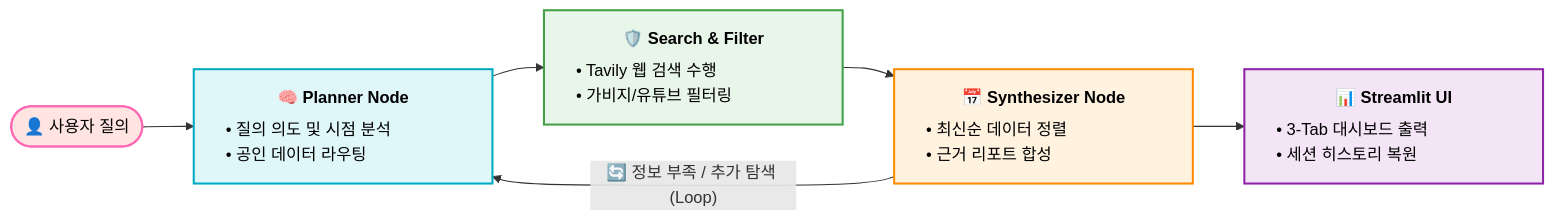
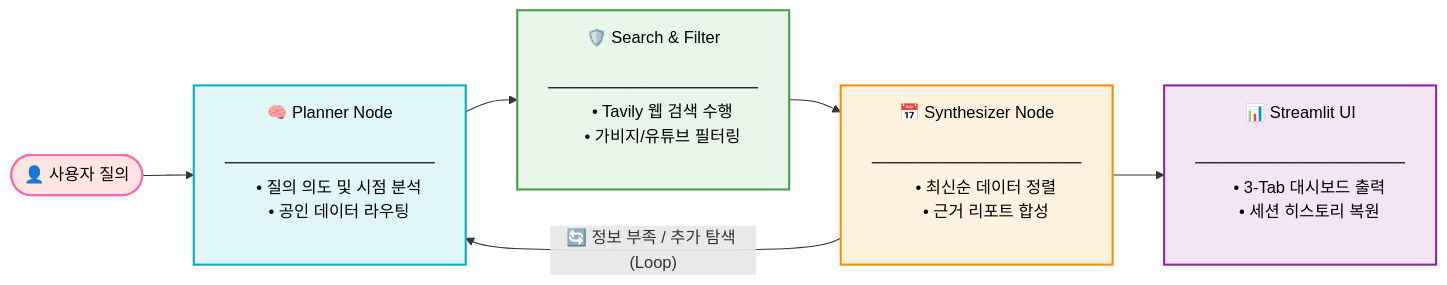
The diagram in README.md (sbg990530/Document-Agent), drawn with Mermaid before and after one commit.

````diff
--- a/README.md
+++ b/README.md
@@ -19,27 +19,43 @@
 ```mermaid
 graph LR
     classDef userStyle fill:#FFE4E1,stroke:#FF69B4,stroke-width:2px,color:#000;
     classDef plannerStyle fill:#E0F7FA,stroke:#00ACC1,stroke-width:2px,color:#000;
     classDef filterStyle fill:#E8F5E9,stroke:#43A047,stroke-width:2px,color:#000;
     classDef synthStyle fill:#FFF3E0,stroke:#FB8C00,stroke-width:2px,color:#000;
     classDef uiStyle fill:#F3E5F5,stroke:#8E24AA,stroke-width:2px,color:#000;
 
     A([👤 사용자 질의]):::userStyle 
     
-    B["<table style='min-width: 230px; border-collapse: collapse;'><tr><td align='center'><b>🧠 Planner Node</b></td></tr><tr><td style='border-top: 1px solid #00ACC1; padding-top: 6px; text-align: left;'>• 질의 의도 및 시점 분석<br/>• 공인 데이터 라우팅</td></tr></table>"]:::plannerStyle
+    B["🧠 Planner Node
+    ──────────────────
+    • 질의 의도 및 시점 분석
+    • 공인 데이터 라우팅
+    &nbsp;"]:::plannerStyle
     
-    C["<table style='min-width: 230px; border-collapse: collapse;'><tr><td align='center'><b>🛡️ Search & Filter</b></td></tr><tr><td style='border-top: 1px solid #43A047; padding-top: 6px; text-align: left;'>• Tavily 웹 검색 수행<br/>• 가비지/유튜브 필터링</td></tr></table>"]:::filterStyle
+    C["🛡️ Search & Filter
+    ──────────────────
+    • Tavily 웹 검색 수행
+    • 가비지/유튜브 필터링
+    &nbsp;"]:::filterStyle
     
-    D["<table style='min-width: 230px; border-collapse: collapse;'><tr><td align='center'><b>📅 Synthesizer Node</b></td></tr><tr><td style='border-top: 1px solid #FB8C00; padding-top: 6px; text-align: left;'>• 최신순 데이터 정렬<br/>• 근거 리포트 합성</td></tr></table>"]:::synthStyle
+    D["📅 Synthesizer Node
+    ──────────────────
+    • 최신순 데이터 정렬
+    • 근거 리포트 합성
+    &nbsp;"]:::synthStyle
     
-    E["<table style='min-width: 230px; border-collapse: collapse;'><tr><td align='center'><b>📊 Streamlit UI</b></td></tr><tr><td style='border-top: 1px solid #8E24AA; padding-top: 6px; text-align: left;'>• 3-Tab 대시보드 출력<br/>• 세션 히스토리 복원</td></tr></table>"]:::uiStyle
+    E["📊 Streamlit UI
+    ──────────────────
+    • 3-Tab 대시보드 출력
+    • 세션 히스토리 복원
+    &nbsp;"]:::uiStyle
 
     %% 정방향 파이프라인 흐름
     A --> B
     B --> C
     C --> D
     D --> E
     
     %% LangGraph 피드백 루프
     D -- "🔄 정보 부족 / 추가 탐색 (Loop)" --> B
 ```
````
